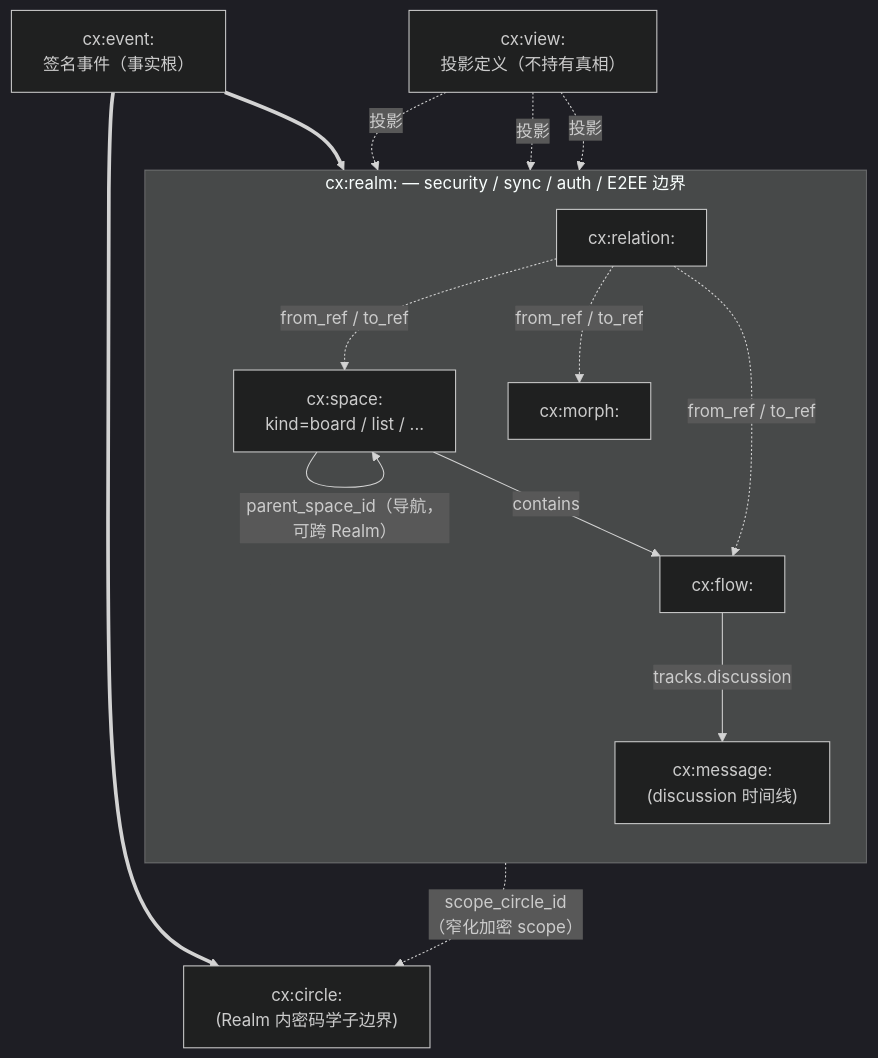
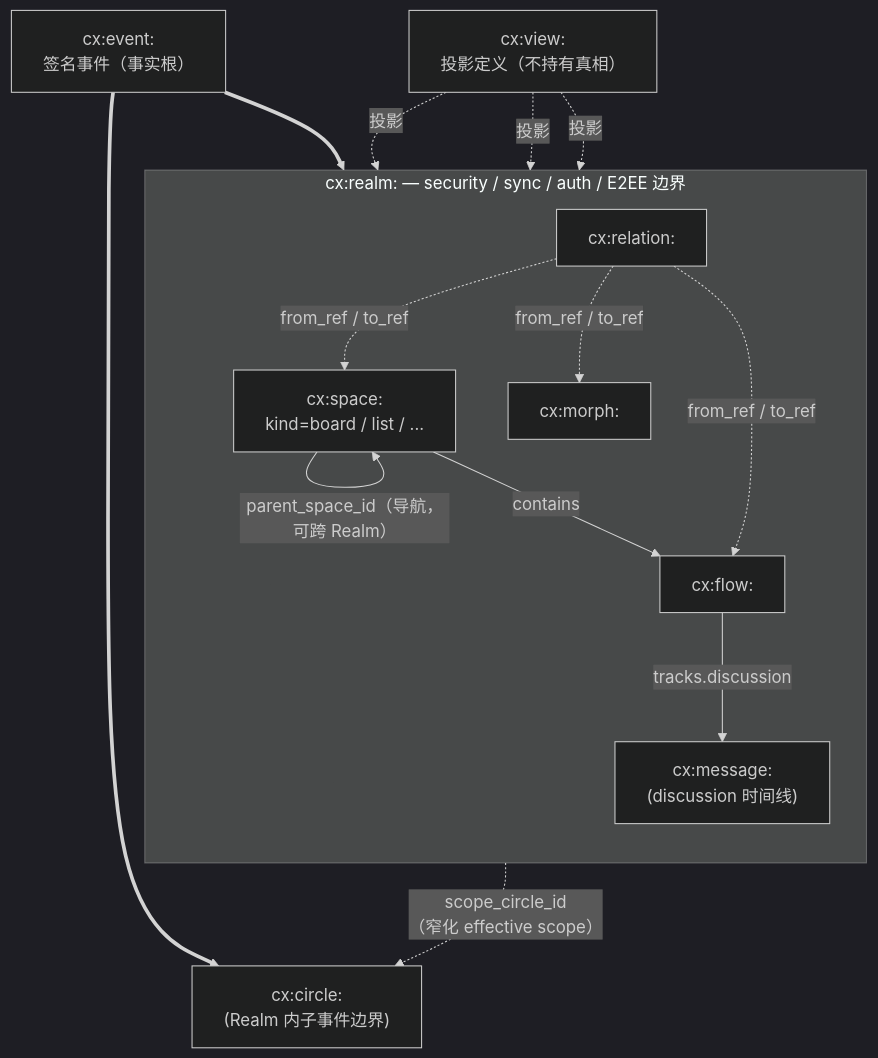
The diagram in spec/v1/zh/models/overview.md (arkret-org/arkret-spec), drawn with Mermaid (dark theme) before and after one commit. The commit also changed other lines of this file and 35 other files, not shown here.

First line of the commit message:
Refine Circle and Flow Scope Definitions

````diff
--- a/spec/v1/zh/models/overview.md
+++ b/spec/v1/zh/models/overview.md
@@ -91,31 +91,31 @@
 ```mermaid
 flowchart TB
     Event["cx:event:<br/>签名事件（事实根）"]
 
     subgraph SP ["cx:realm: — security / sync / auth / E2EE 边界"]
         direction TB
         Space["cx:space:<br/>kind=board / list / ..."]
         Flow["cx:flow:"]
         Morph["cx:morph:"]
         Msg["cx:message:<br/>(discussion 时间线)"]
         Rel["cx:relation:"]
 
         Space -- "contains" --> Flow
         Space -- "parent_space_id（导航，可跨 Realm）" --> Space
         Flow -- "tracks.discussion" --> Msg
         Rel -. "from_ref / to_ref" .-> Flow
         Rel -. "from_ref / to_ref" .-> Morph
         Rel -. "from_ref / to_ref" .-> Space
     end
 
-    Circle["cx:circle:<br/>(Realm 内密码学子边界)"]
-    Flow -. "scope_circle_id<br/>（窄化加密 scope）" .-> Circle
+    Circle["cx:circle:<br/>(Realm 内子事件边界)"]
+    Flow -. "scope_circle_id<br/>（窄化 effective scope）" .-> Circle
 
     View["cx:view:<br/>投影定义（不持有真相）"]
     View -. "投影" .-> Flow
     View -. "投影" .-> Space
     View -. "投影" .-> Msg
 
     Event ==> SP
     Event ==> Circle
 ```
````
